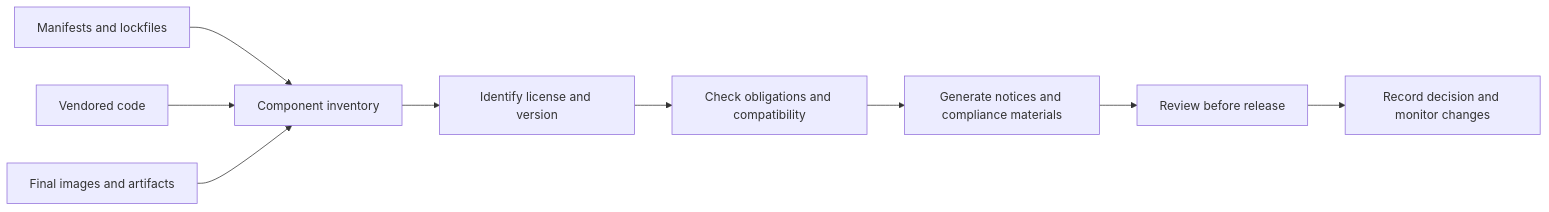
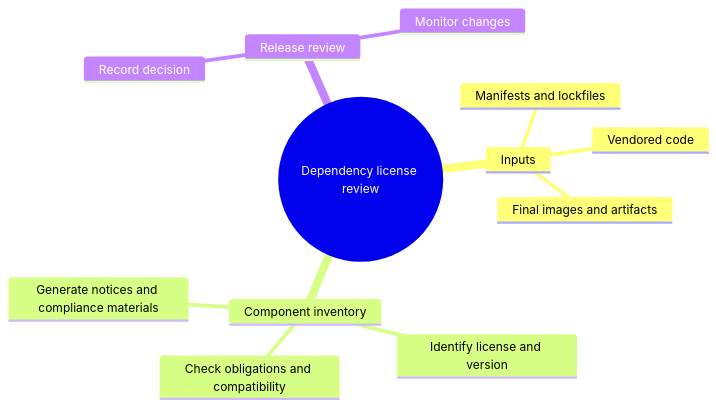
Before and after one commit to dyotamo/blog: the second of 2 diagrams in content/articles/software-licensing/index.md, drawn with Mermaid. The commit also changed other lines of this file and 26 other files, not shown here.

````diff
--- a/content/articles/software-licensing/index.md
+++ b/content/articles/software-licensing/index.md
@@ -96,11 +98,15 @@
 ```mermaid
-flowchart LR
-    A[Manifests and lockfiles] --> D[Component inventory]
-    B[Vendored code] --> D
-    C[Final images and artifacts] --> D
-    D --> E[Identify license and version]
-    E --> F[Check obligations and compatibility]
-    F --> G[Generate notices and compliance materials]
-    G --> H[Review before release]
-    H --> I[Record decision and monitor changes]
+mindmap
+  root((Dependency license review))
+    Inputs
+      Manifests and lockfiles
+      Vendored code
+      Final images and artifacts
+    Component inventory
+      Identify license and version
+      Check obligations and compatibility
+      Generate notices and compliance materials
+    Release review
+      Record decision
+      Monitor changes
 ```
````
